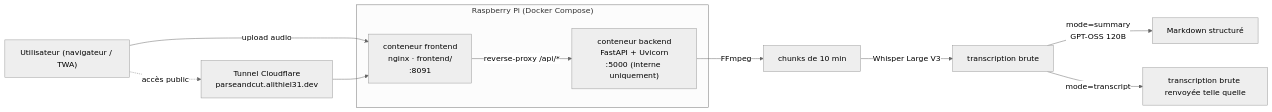
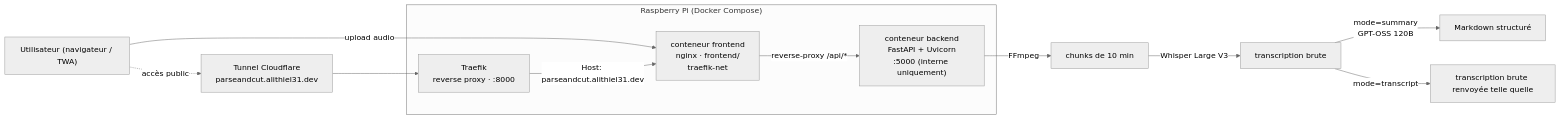
One commit to Alithiel31/ParseAndCutV2 changed the diagram in README.fr.md. Above: the diagram before and after it, drawn with Mermaid (neutral theme). The commit also changed other lines of this file and 2 other files, not shown here.

Commit message:
update : main documentation & deploy part adding traefik notion

````diff
--- a/README.fr.md
+++ b/README.fr.md
@@ -65,18 +65,20 @@
 ```mermaid
 flowchart LR
     U["Utilisateur (navigateur / TWA)"] -->|upload audio| FE
 
     subgraph Pi["Raspberry Pi (Docker Compose)"]
-        FE["conteneur frontend<br/>nginx · frontend/<br/>:8091"]
+        TRA["Traefik<br/>reverse proxy · :8000"]
+        FE["conteneur frontend<br/>nginx · frontend/<br/>traefik-net"]
         BE["conteneur backend<br/>FastAPI + Uvicorn<br/>:5000 (interne uniquement)"]
+        TRA -->|"Host: parseandcut.alithiel31.dev"| FE
         FE -->|reverse-proxy /api/*| BE
     end
 
     BE -->|FFmpeg| CHUNK["chunks de 10 min"]
     CHUNK -->|Whisper Large V3| TXT["transcription brute"]
     TXT -->|"mode=summary"<br/>GPT-OSS 120B| MD["Markdown structuré"]
     TXT -->|"mode=transcript"| RAW["transcription brute renvoyée telle quelle"]
 
-    TUN["Tunnel Cloudflare<br/>parseandcut.alithiel31.dev"] --> FE
+    TUN["Tunnel Cloudflare<br/>parseandcut.alithiel31.dev"] --> TRA
     U -.->|accès public| TUN
 ```
````
